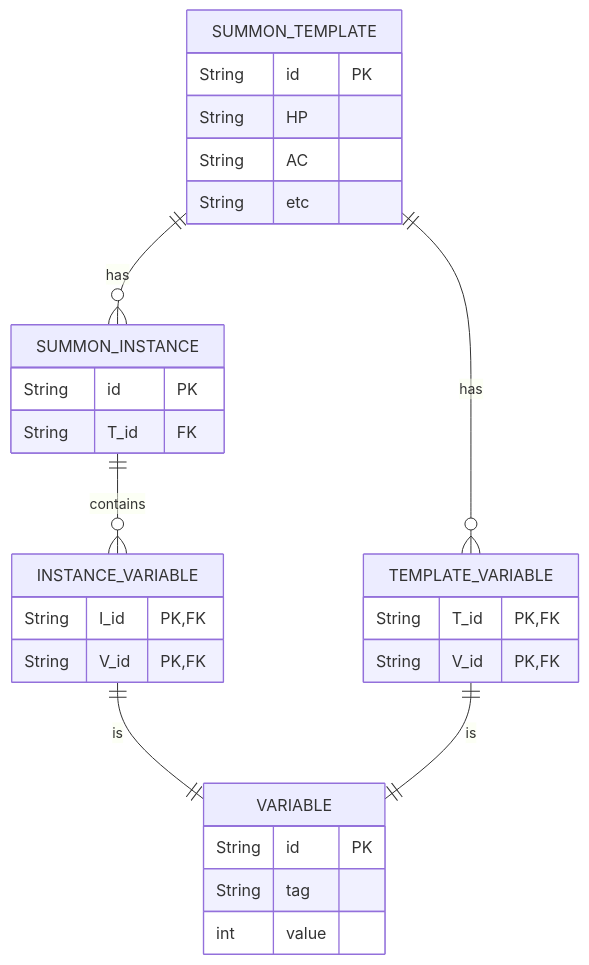
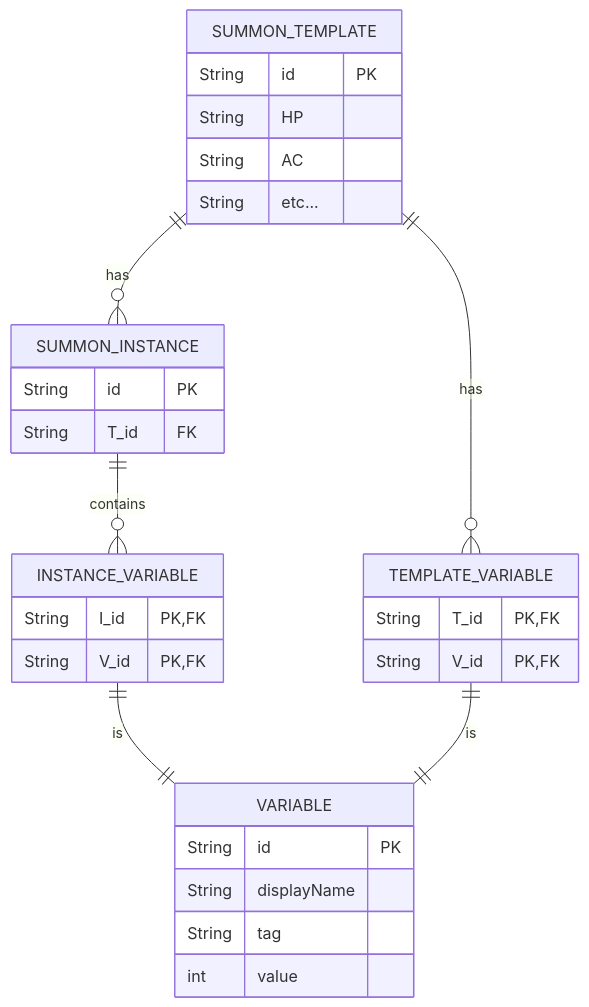
Before and after one commit to TheGreedyGoat/summon_tracker: the diagram in docs/mermaid/er_diagram.mmd, drawn with Mermaid. The commit also changed 42 other files, not shown here.

```diff
--- a/docs/mermaid/er_diagram.mmd
+++ b/docs/mermaid/er_diagram.mmd
@@ -1,36 +1,40 @@
 erDiagram
+
     SUMMON_TEMPLATE{
         String id PK
         String HP
         String AC
-        String etc
+        String etc...
+
+        
     }
 
     SUMMON_INSTANCE{
         String id PK
         String T_id FK
     }
 
 
     INSTANCE_VARIABLE{
         String I_id PK,FK
         String V_id PK, FK
     }
 
 
     VARIABLE{
         String id PK
+        String displayName
         String tag
         int value
     }
 
     TEMPLATE_VARIABLE{
         String T_id PK, FK
         String V_id PK, FK
 
     }
     SUMMON_TEMPLATE ||--o{ SUMMON_INSTANCE: has
     SUMMON_TEMPLATE ||--o{ TEMPLATE_VARIABLE: has
     SUMMON_INSTANCE ||--o{ INSTANCE_VARIABLE: contains
     INSTANCE_VARIABLE ||--|| VARIABLE : is
     TEMPLATE_VARIABLE ||--|| VARIABLE : is
```
